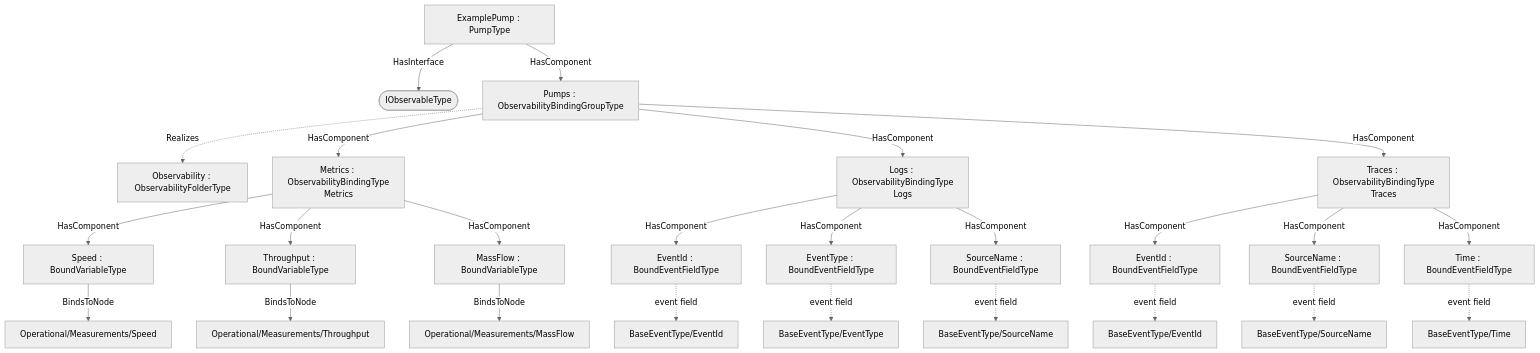
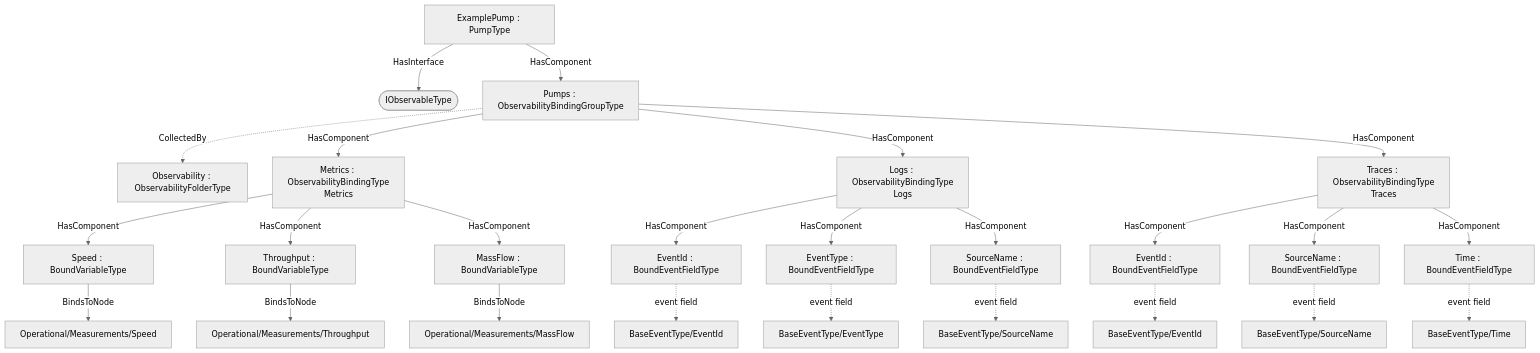
One commit to marcschier/opcua-drafts changed the second of 2 diagrams in core-specs/observability-export/pumps/OPC-UA-Pumps-Observability-Export-Addendum.md. Above: the diagram before and after it, drawn with Mermaid (neutral theme). The commit also changed other lines of this file and 17 other files, not shown here.

````diff
--- a/core-specs/observability-export/pumps/OPC-UA-Pumps-Observability-Export-Addendum.md
+++ b/core-specs/observability-export/pumps/OPC-UA-Pumps-Observability-Export-Addendum.md
@@ -128,28 +128,28 @@
 ```mermaid
 graph TD
   R["ExamplePump : PumpType"]
   R -->|HasInterface| I([IObservableType])
   R -->|HasComponent| G["Pumps : ObservabilityBindingGroupType"]
-  G -.Realizes.-> O["Observability : ObservabilityFolderType"]
+  G -.CollectedBy.-> O["Observability : ObservabilityFolderType"]
   G -->|HasComponent| B0["Metrics : ObservabilityBindingType<br/>Metrics"]
   B0 -->|HasComponent| IT00["Speed : BoundVariableType"]
   IT00 -->|BindsToNode| N00["Operational/Measurements/Speed"]
   B0 -->|HasComponent| IT01["Throughput : BoundVariableType"]
   IT01 -->|BindsToNode| N01["Operational/Measurements/Throughput"]
   B0 -->|HasComponent| IT02["MassFlow : BoundVariableType"]
   IT02 -->|BindsToNode| N02["Operational/Measurements/MassFlow"]
   G -->|HasComponent| B1["Logs : ObservabilityBindingType<br/>Logs"]
   B1 -->|HasComponent| IT10["EventId : BoundEventFieldType"]
   IT10 -.event field.-> N10["BaseEventType/EventId"]
   B1 -->|HasComponent| IT11["EventType : BoundEventFieldType"]
   IT11 -.event field.-> N11["BaseEventType/EventType"]
   B1 -->|HasComponent| IT12["SourceName : BoundEventFieldType"]
   IT12 -.event field.-> N12["BaseEventType/SourceName"]
   G -->|HasComponent| B2["Traces : ObservabilityBindingType<br/>Traces"]
   B2 -->|HasComponent| IT20["EventId : BoundEventFieldType"]
   IT20 -.event field.-> N20["BaseEventType/EventId"]
   B2 -->|HasComponent| IT21["SourceName : BoundEventFieldType"]
   IT21 -.event field.-> N21["BaseEventType/SourceName"]
   B2 -->|HasComponent| IT22["Time : BoundEventFieldType"]
   IT22 -.event field.-> N22["BaseEventType/Time"]
 ```
````
